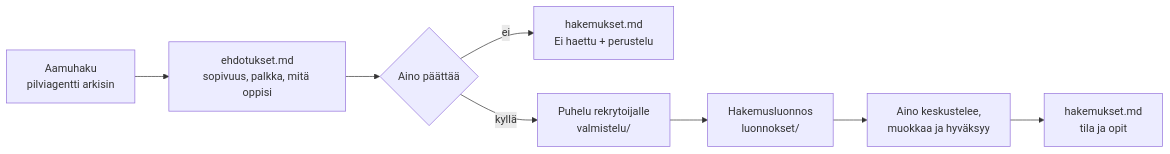
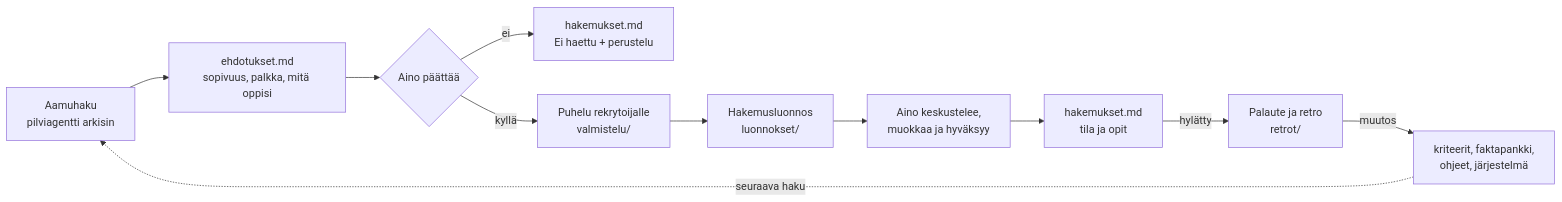
One commit to eemelio/agentic-lifeos changed the diagram in alueet/tyo-ura/tyonhaku/README.md. Above: the diagram before and after it, drawn with Mermaid. The commit also changed other lines of this file and 7 other files, not shown here.

Commit message:
Työnhaku: inspect and adapt -looppi (palaute ja retro jokaisesta hylkäyksestä)

````diff
--- a/alueet/tyo-ura/tyonhaku/README.md
+++ b/alueet/tyo-ura/tyonhaku/README.md
@@ -10,10 +10,13 @@
 ```mermaid
 flowchart LR
     A[Aamuhaku<br/>pilviagentti arkisin] --> B[ehdotukset.md<br/>sopivuus, palkka, mitä oppisi]
     B --> C{Aino päättää}
     C -->|ei| D[hakemukset.md<br/>Ei haettu + perustelu]
     C -->|kyllä| E[Puhelu rekrytoijalle<br/>valmistelu/]
     E --> F[Hakemusluonnos<br/>luonnokset/]
     F --> G[Aino keskustelee,<br/>muokkaa ja hyväksyy]
     G --> H[hakemukset.md<br/>tila ja opit]
+    H -->|hylätty| I[Palaute ja retro<br/>retrot/]
+    I -->|muutos| J[kriteerit, faktapankki,<br/>ohjeet, järjestelmä]
+    J -.->|seuraava haku| A
 ```
````
